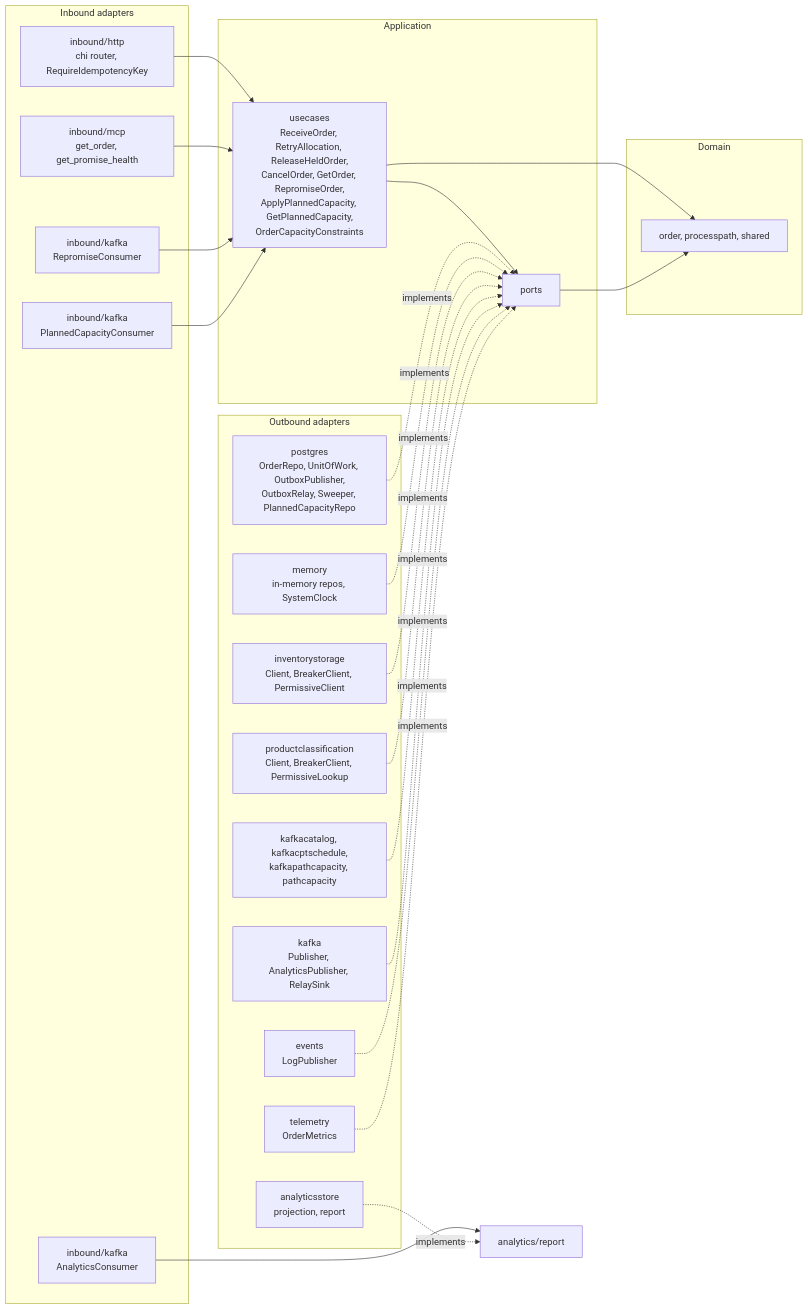
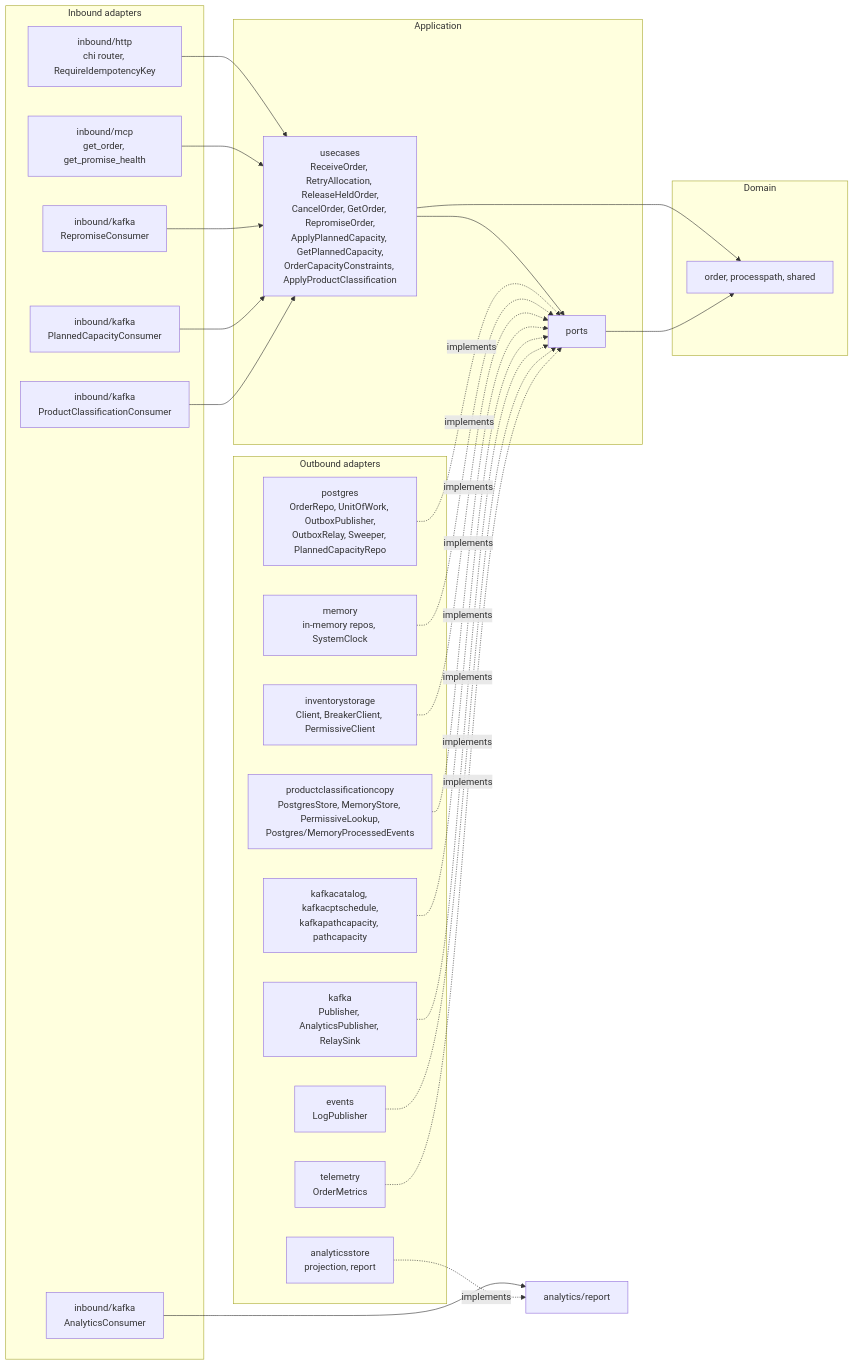
Before and after one commit to IQVO/warehouse-docs: the fifth of 5 diagrams in docs/contexts/order-management/class-diagram.md, drawn with Mermaid. The commit also changed other lines of this file and 119 other files, not shown here.

````diff
--- a/docs/contexts/order-management/class-diagram.md
+++ b/docs/contexts/order-management/class-diagram.md
@@ -476,47 +487,49 @@
 ```mermaid
 flowchart LR
   subgraph IN["Inbound adapters"]
     HTTP["inbound/http<br/>chi router, RequireIdempotencyKey"]
     MCP["inbound/mcp<br/>get_order, get_promise_health"]
     KREP["inbound/kafka<br/>RepromiseConsumer"]
     KPC["inbound/kafka<br/>PlannedCapacityConsumer"]
+    KCLS["inbound/kafka<br/>ProductClassificationConsumer"]
     KAN["inbound/kafka<br/>AnalyticsConsumer"]
   end
   subgraph APP["Application"]
-    UC["usecases<br/>ReceiveOrder, RetryAllocation, ReleaseHeldOrder,<br/>CancelOrder, GetOrder, RepromiseOrder,<br/>ApplyPlannedCapacity, GetPlannedCapacity,<br/>OrderCapacityConstraints"]
+    UC["usecases<br/>ReceiveOrder, RetryAllocation, ReleaseHeldOrder,<br/>CancelOrder, GetOrder, RepromiseOrder,<br/>ApplyPlannedCapacity, GetPlannedCapacity,<br/>OrderCapacityConstraints, ApplyProductClassification"]
     PORTS["ports"]
   end
   subgraph DOM["Domain"]
     D["order, processpath, shared"]
   end
   subgraph OUT["Outbound adapters"]
     PG["postgres<br/>OrderRepo, UnitOfWork, OutboxPublisher,<br/>OutboxRelay, Sweeper, PlannedCapacityRepo"]
     MEM["memory<br/>in-memory repos, SystemClock"]
     INV["inventorystorage<br/>Client, BreakerClient, PermissiveClient"]
-    CLS["productclassification<br/>Client, BreakerClient, PermissiveLookup"]
+    CLS["productclassificationcopy<br/>PostgresStore, MemoryStore, PermissiveLookup,<br/>Postgres/MemoryProcessedEvents"]
     CACHE["kafkacatalog, kafkacptschedule,<br/>kafkapathcapacity, pathcapacity"]
     KPUB["kafka<br/>Publisher, AnalyticsPublisher, RelaySink"]
     LOG["events<br/>LogPublisher"]
     TEL["telemetry<br/>OrderMetrics"]
     ANS["analyticsstore<br/>projection, report"]
   end
   REP["analytics/report"]
 
   HTTP --> UC
   MCP --> UC
   KREP --> UC
   KPC --> UC
+  KCLS --> UC
   KAN --> REP
   UC --> PORTS
   UC --> D
   PORTS --> D
   PG -. implements .-> PORTS
   MEM -. implements .-> PORTS
   INV -. implements .-> PORTS
   CLS -. implements .-> PORTS
   CACHE -. implements .-> PORTS
   KPUB -. implements .-> PORTS
   LOG -. implements .-> PORTS
   TEL -. implements .-> PORTS
   ANS -. implements .-> REP
 ```
````
